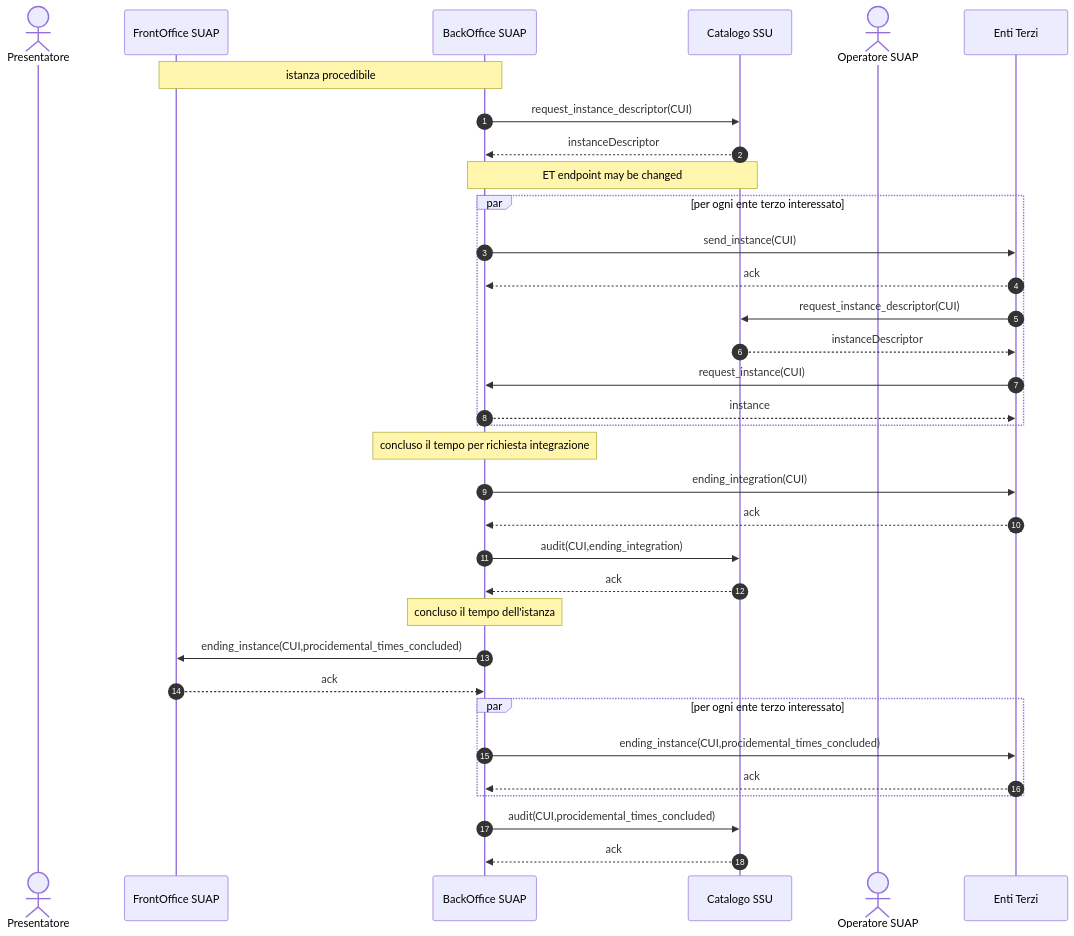
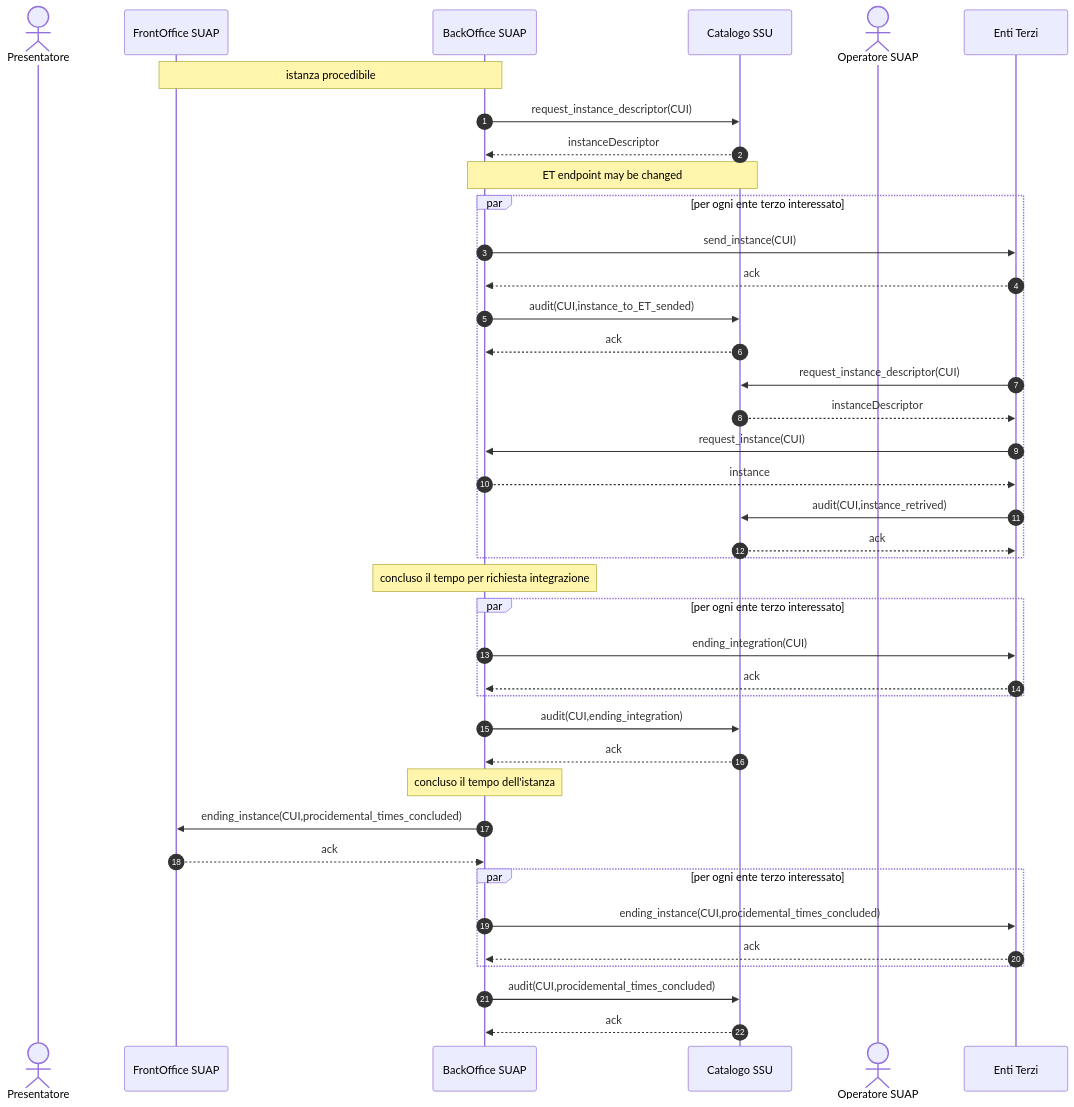
The diagram in to_interoperabilita/sequence-diagram/SCIA-001.mermaid (AgID/suap-gt-specifiche), drawn with Mermaid before and after one commit.

Commit message:
fixed SCIA-001

```diff
--- a/to_interoperabilita/sequence-diagram/SCIA-001.mermaid
+++ b/to_interoperabilita/sequence-diagram/SCIA-001.mermaid
@@ -1,39 +1,45 @@
 sequenceDiagram
     autonumber
 
     actor P as Presentatore    
     participant F as FrontOffice SUAP
     participant B as BackOffice SUAP   
     participant C as Catalogo SSU 
     actor O as Operatore SUAP    
     participant E as Enti Terzi    
 
     Note over F,B: istanza procedibile
     B ->> C: request_instance_descriptor(CUI)
     C -->> B: instanceDescriptor
     Note over C,B: ET endpoint may be changed
     
     par per ogni ente terzo interessato        
         B ->> E: send_instance(CUI)
         E -->> B: ack
+        B ->> C: audit(CUI,instance_to_ET_sended)
+        C -->> B: ack
         E ->> C: request_instance_descriptor(CUI)
         C -->> E: instanceDescriptor
         E ->> B: request_instance(CUI)
         B -->> E: instance
+        E ->> C: audit(CUI,instance_retrived)
+        C -->> E: ack
     end
 
     Note over B: concluso il tempo per richiesta integrazione
-    B ->> E: ending_integration(CUI)
-    E -->> B: ack
-    B ->> C: audit(CUI,ending_integration)
-    C -->> B: ack
-    
+    par per ogni ente terzo interessato 
+        B ->> E: ending_integration(CUI)
+        E -->> B: ack
+    end
+        B ->> C: audit(CUI,ending_integration)
+        C -->> B: ack
+        
     Note over B: concluso il tempo dell'istanza 
     B ->> F: ending_instance(CUI,procidemental_times_concluded)
     F -->> B: ack            
     par per ogni ente terzo interessato
         B ->> E: ending_instance(CUI,procidemental_times_concluded)
         E -->> B: ack
     end
     B ->> C: audit(CUI,procidemental_times_concluded)
     C -->> B: ack
```
